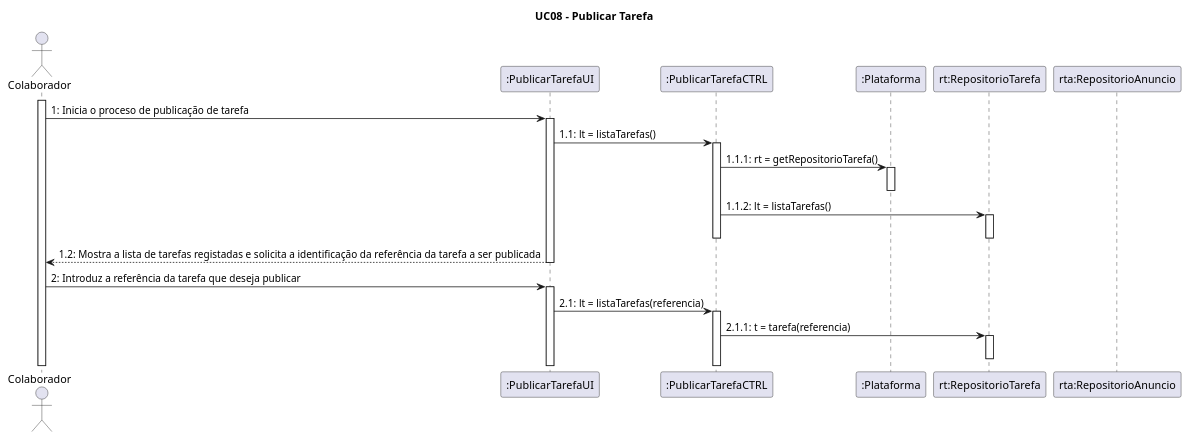
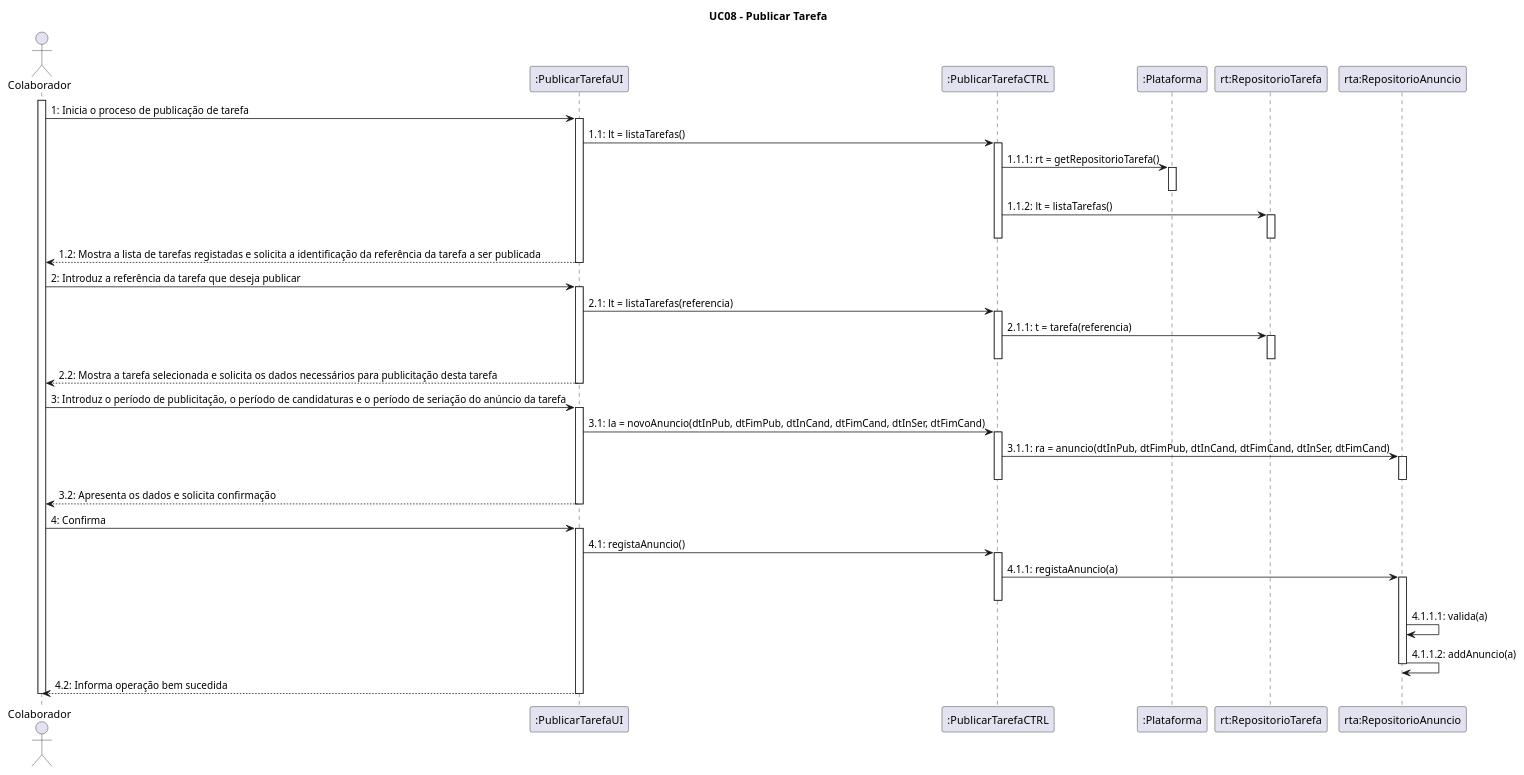
One commit to blestonbandeiraUPSKILL/upskill_java1_labprg_grupo2 changed the diagram in Documentação/Sprint 3/UC08_Publicar_Tarefa/UC08_Publicar_Tarefa_Diagrama_Sequencia.wsd. Above: the diagram before and after it, drawn with PlantUML. The commit also changed 3 other files, not shown here.

```diff
--- a/Documentação/Sprint 3/UC08_Publicar_Tarefa/UC08_Publicar_Tarefa_Diagrama_Sequencia.wsd
+++ b/Documentação/Sprint 3/UC08_Publicar_Tarefa/UC08_Publicar_Tarefa_Diagrama_Sequencia.wsd
@@ -1,128 +1,79 @@
 @startuml
 title UC08 - Publicar Tarefa
 
 actor Colaborador
 participant ":PublicarTarefaUI" as PublicarTarefaUI
 participant ":PublicarTarefaCTRL" as PublicarTarefaCTRL
 participant ":Plataforma" as Plataforma
 participant "rt:RepositorioTarefa" as RepositorioTarefa
 participant "rta:RepositorioAnuncio" as RepositorioAnuncio
 
 
 activate Colaborador
 Colaborador -> PublicarTarefaUI: 1: Inicia o proceso de publicação de tarefa
 activate PublicarTarefaUI
 
 PublicarTarefaUI -> PublicarTarefaCTRL: 1.1: lt = listaTarefas()
 activate PublicarTarefaCTRL
 
 PublicarTarefaCTRL -> Plataforma: 1.1.1: rt = getRepositorioTarefa()
 activate Plataforma
 deactivate Plataforma
 
 PublicarTarefaCTRL -> RepositorioTarefa: 1.1.2: lt = listaTarefas()
 activate RepositorioTarefa
 deactivate PublicarTarefaCTRL
 deactivate RepositorioTarefa
 
 PublicarTarefaUI --> Colaborador: 1.2: Mostra a lista de tarefas registadas e solicita a identificação da referência da tarefa a ser publicada
 deactivate PublicarTarefaUI
 
 Colaborador -> PublicarTarefaUI: 2: Introduz a referência da tarefa que deseja publicar
 activate PublicarTarefaUI
 
 PublicarTarefaUI -> PublicarTarefaCTRL: 2.1: lt = listaTarefas(referencia)
 activate PublicarTarefaCTRL
 
 PublicarTarefaCTRL -> RepositorioTarefa : 2.1.1: t = tarefa(referencia)
 activate RepositorioTarefa
 deactivate RepositorioTarefa
+deactivate PublicarTarefaCTRL
 
-/'PublicarTarefaCTRL -> Plataforma : 2.1.2: rct = getRepositorioCompetenciaTecnica(codAreaAtividade)
-activate Plataforma
-deactivate Plataforma
+PublicarTarefaUI --> Colaborador: 2.2: Mostra a tarefa selecionada e solicita os dados necessários para publicitação desta tarefa
+deactivate PublicarTarefaUI
 
-DefinirCategoriaTarefaUI --> Administrativo: 2.2: Mostra a lista de competências técnicas associadas à área de atividade especificada e solicita a escolha de uma delas
-deactivate DefinirCategoriaTarefaUI
+Colaborador -> PublicarTarefaUI: 3: Introduz o período de publicitação, o período de candidaturas e o período de seriação do anúncio da tarefa
+activate PublicarTarefaUI
 
-DefinirCategoriaTarefaCTRL -> RepositorioCompetenciaTecnica : 2.1.3: at = getListaCompetenciasTecnicas(at)
-activate RepositorioCompetenciaTecnica
-deactivate RepositorioCompetenciaTecnica
+PublicarTarefaUI -> PublicarTarefaCTRL: 3.1: la = novoAnuncio(dtInPub, dtFimPub, dtInCand, dtFimCand, dtInSer, dtFimCand)
+activate PublicarTarefaCTRL
 
-DefinirCategoriaTarefaCTRL -> Plataforma : 2.1.4: rc = getRepositorioCategoria()
-activate Plataforma
-deactivate Plataforma
+PublicarTarefaCTRL -> RepositorioAnuncio : 3.1.1: ra = anuncio(dtInPub, dtFimPub, dtInCand, dtFimCand, dtInSer, dtFimCand)
+activate RepositorioAnuncio
+deactivate RepositorioAnuncio
+deactivate PublicarTarefaCTRL
 
-DefinirCategoriaTarefaCTRL -> RepositorioCategoria : 2.1.5: c = novaCategoria(descricao, at)
-activate RepositorioCategoria
-deactivate DefinirCategoriaTarefaCTRL
+PublicarTarefaUI --> Colaborador: 3.2: Apresenta os dados e solicita confirmação
+deactivate PublicarTarefaUI
 
-RepositorioCategoria -> RepositorioCategoria : 2.1.5.1: idCategoria = getIdCategoria()
+Colaborador -> PublicarTarefaUI: 4: Confirma
+activate PublicarTarefaUI
 
-RepositorioCategoria --> Categoria : 2.1.5.2: create(idCategoria, descricao, at)
-deactivate RepositorioCategoria
+PublicarTarefaUI -> PublicarTarefaCTRL: 4.1: registaAnuncio()
+activate PublicarTarefaCTRL
 
-group sd loop
+PublicarTarefaCTRL -> RepositorioAnuncio : 4.1.1: registaAnuncio(a)
+activate RepositorioAnuncio
+deactivate PublicarTarefaCTRL
 
-Administrativo -> DefinirCategoriaTarefaUI : 3: Seleciona Competência Técnica
-activate DefinirCategoriaTarefaUI
+RepositorioAnuncio -> RepositorioAnuncio : 4.1.1.1: valida(a)
 
-DefinirCategoriaTarefaUI -> DefinirCategoriaTarefaCTRL : 3.1: lg = listaGrausProficiencia(codCompetencia)
-activate DefinirCategoriaTarefaCTRL
+RepositorioAnuncio -> RepositorioAnuncio : 4.1.1.2: addAnuncio(a)
+deactivate RepositorioAnuncio
 
-DefinirCategoriaTarefaCTRL -> RepositorioCompetenciaTecnica : 3.1.1: rc = competenciaTecnica(codCompetencia)
-activate RepositorioCompetenciaTecnica
-deactivate RepositorioCompetenciaTecnica
+PublicarTarefaUI --> Colaborador: 4.2: Informa operação bem sucedida
+deactivate PublicarTarefaUI
 
-DefinirCategoriaTarefaCTRL -> CompetenciaTecnica : 3.1.2: lg = listaGrausProficiencia(ct)
-activate CompetenciaTecnica
-deactivate CompetenciaTecnica
-deactivate DefinirCategoriaTarefaCTRL
+deactivate Colaborador
 
-DefinirCategoriaTarefaUI --> Administrativo: 3.2: Mostra graus de proficiência relativos à competência técnica selecionada
-deactivate DefinirCategoriaTarefaUI
-
-Administrativo -> DefinirCategoriaTarefaUI: 4: Seleciona grau de proficiência mínimo e obrigatoriedade da competência técnica
-activate DefinirCategoriaTarefaUI
-
-DefinirCategoriaTarefaUI -> DefinirCategoriaTarefaCTRL: 4.1: setProficienciaObrigatoriedade(codGrau, obrigatoria)
-activate DefinirCategoriaTarefaCTRL
-
-DefinirCategoriaTarefaCTRL -> CompetenciaTecnica: 4.1.1: gp = grauProficiencia(codGrau)
-activate CompetenciaTecnica
-deactivate CompetenciaTecnica
-
-DefinirCategoriaTarefaUI --> Administrativo: 4.2: Apresenta dados e solicita confirmação
-deactivate DefinirCategoriaTarefaUI
-
-DefinirCategoriaTarefaCTRL -> Categoria: 4.1.2: novaCaracterizacao(ct, gp, obrigatoria)
-activate Categoria 
-deactivate DefinirCategoriaTarefaCTRL
-
-Categoria --> CaracterizacaoCT: 4.1.2.1: create(ct, gt, obrigatoria)
-
-Categoria -> Categoria: 4.1.2.2: addCaracterizacaoCT(cct)
-
-deactivate Categoria 
-
-end 
-
-Administrativo -> DefinirCategoriaTarefaUI: 5: Confirma
-activate DefinirCategoriaTarefaUI
-
-DefinirCategoriaTarefaUI -> DefinirCategoriaTarefaCTRL: 5.1: registaCategoria()
-activate DefinirCategoriaTarefaCTRL
-
-DefinirCategoriaTarefaCTRL -> RepositorioCategoria: 5.1.1: registaCategoria(c)
-activate RepositorioCategoria
-deactivate DefinirCategoriaTarefaCTRL
-
-DefinirCategoriaTarefaUI -> Administrativo: 5.2: Informa operação bem sucedida
-deactivate DefinirCategoriaTarefaUI
-
-RepositorioCategoria-> RepositorioCategoria: 5.1.1.1: valida(c)
-RepositorioCategoria-> RepositorioCategoria: 5.1.1.2: addCategoria(c)
-deactivate RepositorioCategoria
-
-deactivate Administrativo'/
 @enduml
```
